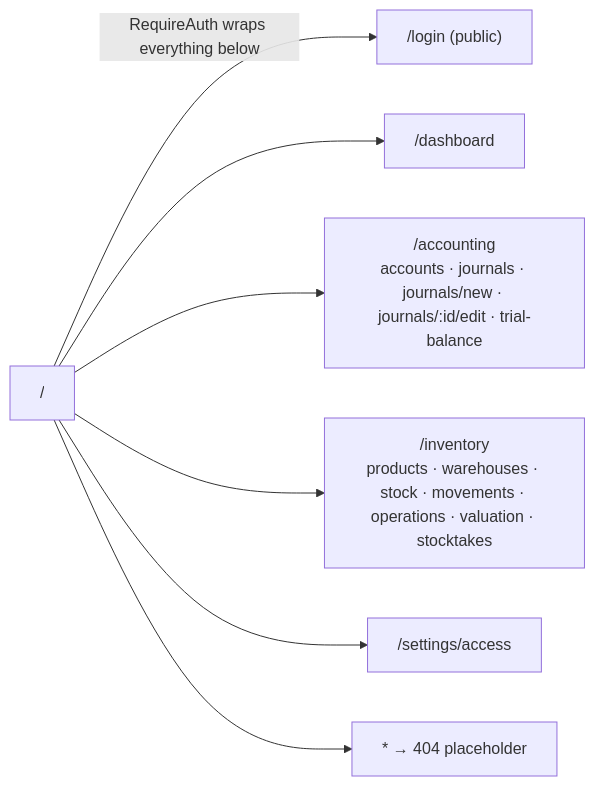
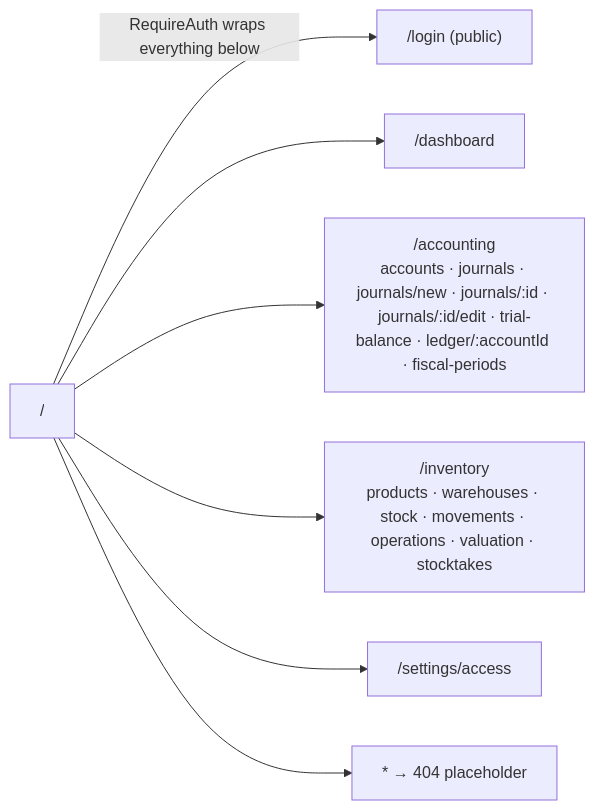
The fifth of 5 diagrams in docs/ARCHITECTURE.md (ahmed-226/ERP-Suite), drawn with Mermaid before and after one commit. The commit also changed other lines of this file and 13 other files, not shown here.

Commit message:
feat(reports): add account ledger drilldown from trial balance

````diff
--- a/docs/ARCHITECTURE.md
+++ b/docs/ARCHITECTURE.md
@@ -102,9 +102,9 @@
 ```mermaid
 flowchart LR
     ROOT["/"] -->|"RequireAuth wraps everything below"| LOGIN["/login (public)"]
     ROOT --> DASH["/dashboard"]
-    ROOT --> ACC["/accounting<br/>accounts · journals · journals/new · journals/:id/edit · trial-balance"]
+    ROOT --> ACC["/accounting<br/>accounts · journals · journals/new · journals/:id · journals/:id/edit · trial-balance · ledger/:accountId · fiscal-periods"]
     ROOT --> INV["/inventory<br/>products · warehouses · stock · movements · operations · valuation · stocktakes"]
     ROOT --> SET["/settings/access"]
     ROOT --> NF["* → 404 placeholder"]
 ```
````
